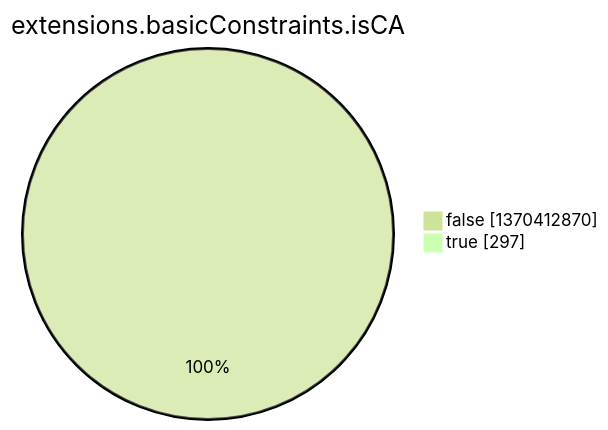
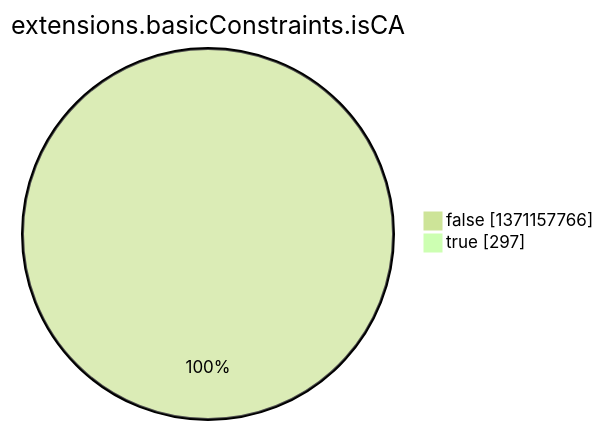
One commit to christiankrug/ctmonitor_visualization changed the eighth of 15 diagrams in argon2022/README.md. Above: the diagram before and after it, drawn with Mermaid (forest theme). The commit also changed other lines of this file, not shown here.

````diff
--- a/argon2022/README.md
+++ b/argon2022/README.md
@@ -2759,6 +2759,6 @@
 ```mermaid
 pie showData
 title extensions.basicConstraints.isCA
-"false" :1370412870
+"false" :1371157766
 "true" :297
 ```
````
